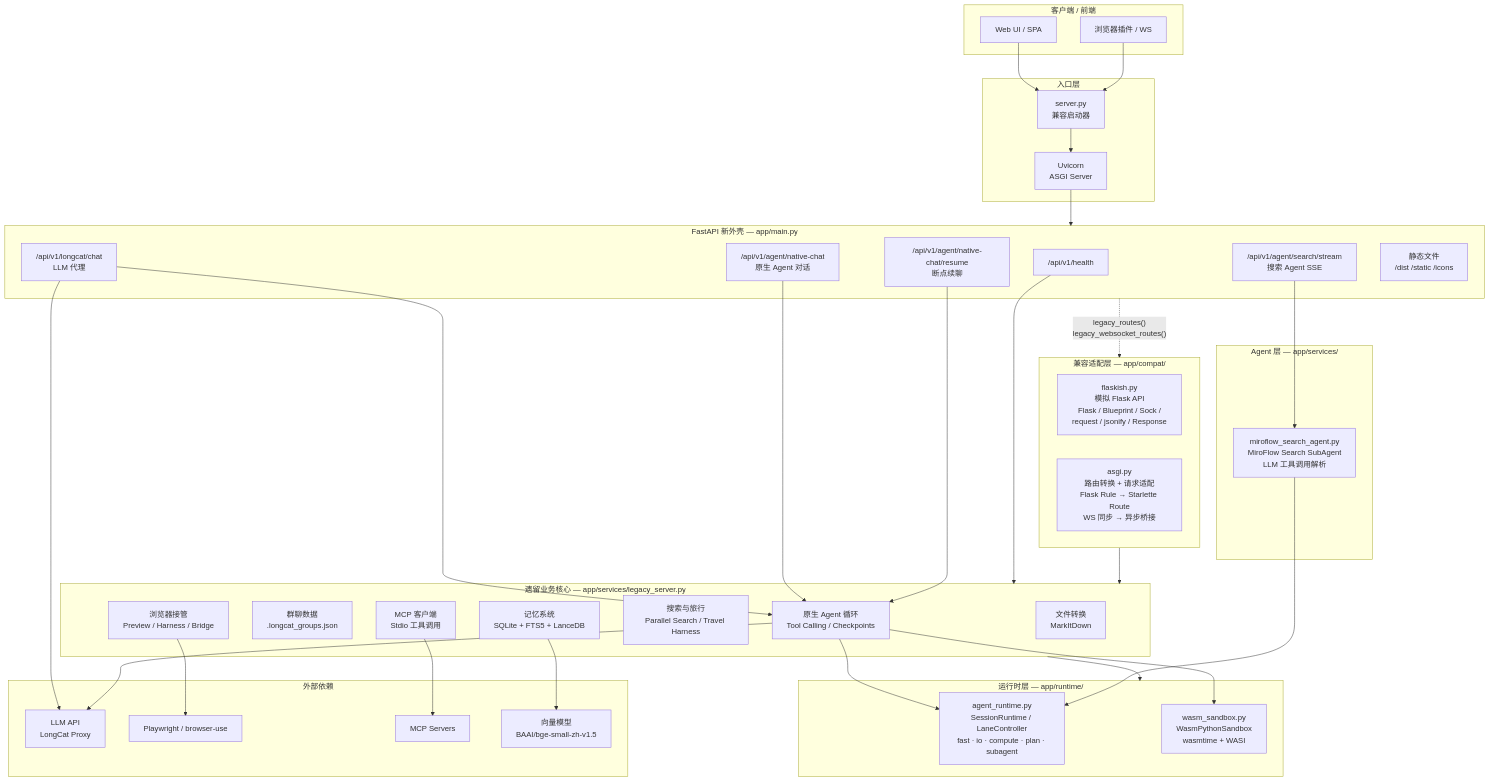
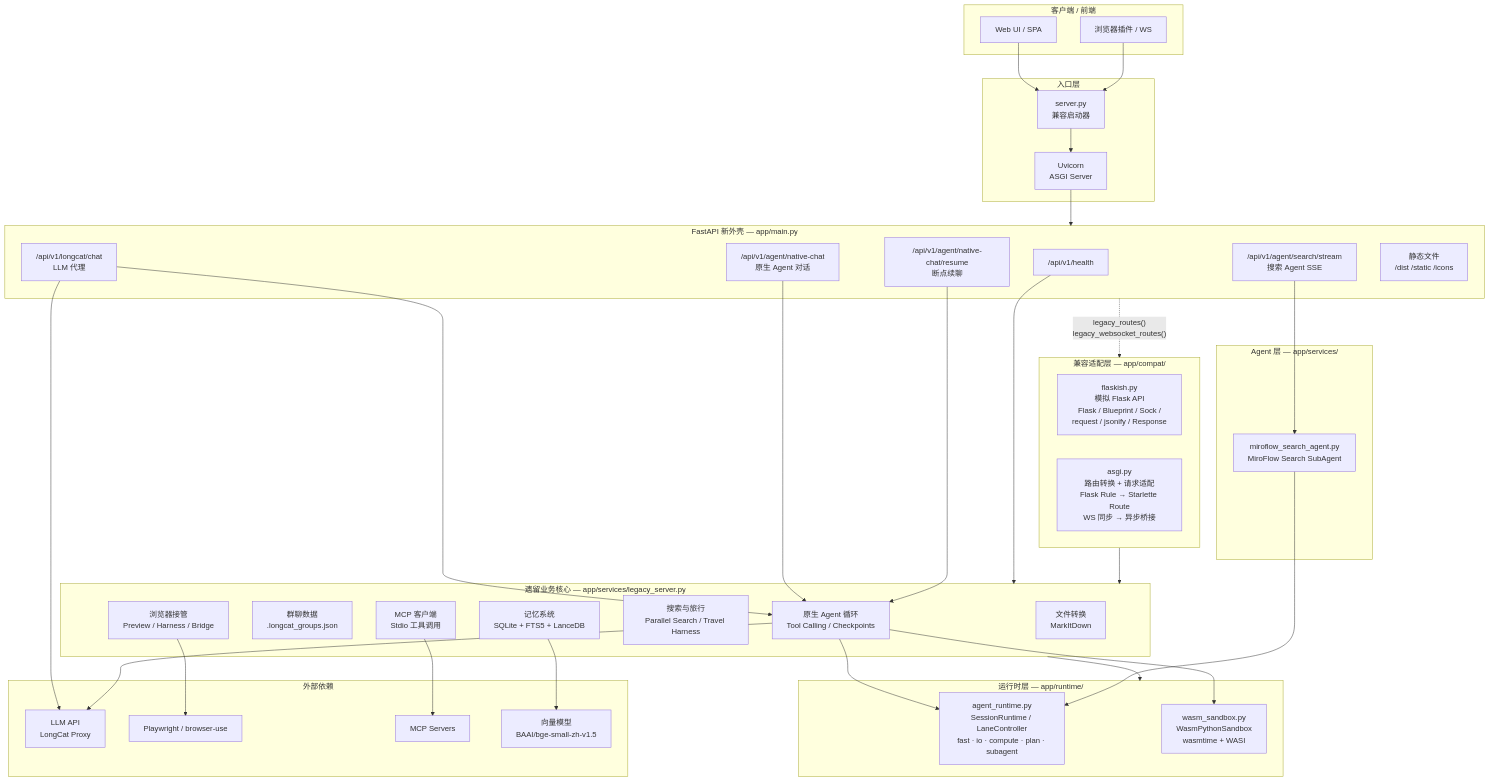
One commit to Timothy-kira/blanket-life-in-one-agent changed the diagram in README.md. Above: the diagram before and after it, drawn with Mermaid. The commit also changed other lines of this file, not shown here.

````diff
--- a/README.md
+++ b/README.md
@@ -7,77 +5,77 @@
 ```mermaid
 flowchart TB
     subgraph Client["客户端 / 前端"]
         C1["Web UI / SPA"]
         C2["浏览器插件 / WS"]
     end
 
     subgraph Entry["入口层"]
         S["server.py\n兼容启动器"]
         U["Uvicorn\nASGI Server"]
     end
 
     subgraph FastAPI["FastAPI 新外壳 — app/main.py"]
         F1["/api/v1/health"]
         F2["/api/v1/longcat/chat\nLLM 代理"]
         F3["/api/v1/agent/search/stream\n搜索 Agent SSE"]
         F4["/api/v1/agent/native-chat\n原生 Agent 对话"]
         F5["/api/v1/agent/native-chat/resume\n断点续聊"]
         FS["静态文件\n/dist /static /icons"]
     end
 
     subgraph Compat["兼容适配层 — app/compat/"]
         CF["flaskish.py\n模拟 Flask API\nFlask / Blueprint / Sock /\nrequest / jsonify / Response"]
         CA["asgi.py\n路由转换 + 请求适配\nFlask Rule → Starlette Route\nWS 同步 → 异步桥接"]
     end
 
     subgraph Legacy["遗留业务核心 — app/services/legacy_server.py"]
         L1["文件转换\nMarkItDown"]
         L2["群聊数据\n.longcat_groups.json"]
         L3["记忆系统\nSQLite + FTS5 + LanceDB"]
         L4["浏览器接管\nPreview / Harness / Bridge"]
         L5["搜索与旅行\nParallel Search / Travel Harness"]
         L6["MCP 客户端\nStdio 工具调用"]
         L7["原生 Agent 循环\nTool Calling / Checkpoints"]
     end
 
     subgraph Runtime["运行时层 — app/runtime/"]
         R1["agent_runtime.py\nSessionRuntime / LaneController\nfast · io · compute · plan · subagent"]
         R2["wasm_sandbox.py\nWasmPythonSandbox\nwasmtime + WASI"]
     end
 
     subgraph Agents["Agent 层 — app/services/"]
-        A1["miroflow_search_agent.py\nMiroFlow Search SubAgent\nLLM 工具调用解析"]
+        A1["miroflow_search_agent.py\nMiroFlow Search SubAgent"]
     end
 
     subgraph External["外部依赖"]
         E1["LLM API\nLongCat Proxy"]
         E2["Playwright / browser-use"]
         E3["MCP Servers"]
         E4["向量模型\nBAAI/bge-small-zh-v1.5"]
     end
 
     C1 --> S
     C2 --> S
     S --> U
     U --> FastAPI
 
     F1 --> Legacy
     F2 --> L7
     F3 --> A1
     F4 --> L7
     F5 --> L7
 
     FastAPI -. "legacy_routes()\nlegacy_websocket_routes()" .-> Compat
     Compat --> Legacy
 
     Legacy --> Runtime
     L7 --> R1
     L7 --> R2
     A1 --> R1
 
     L4 --> E2
     L6 --> E3
     L3 --> E4
     F2 --> E1
     L7 --> E1
 ```
````
